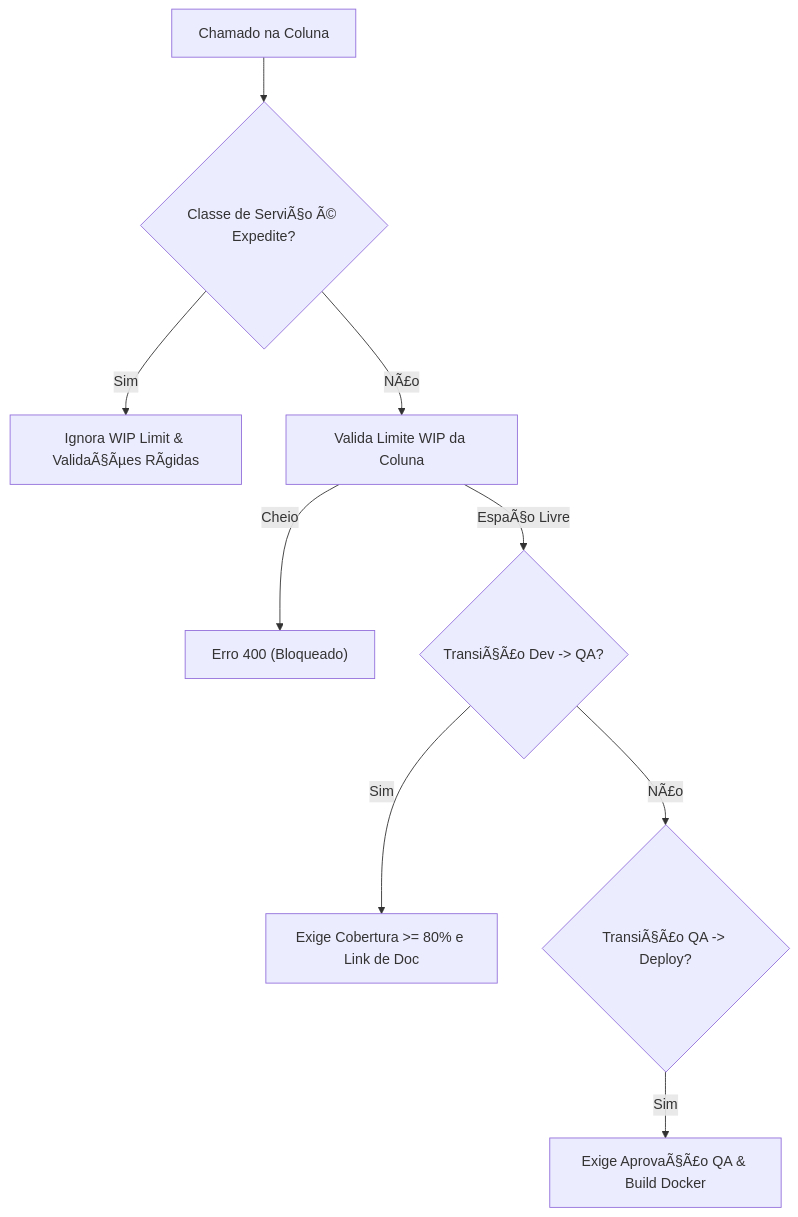
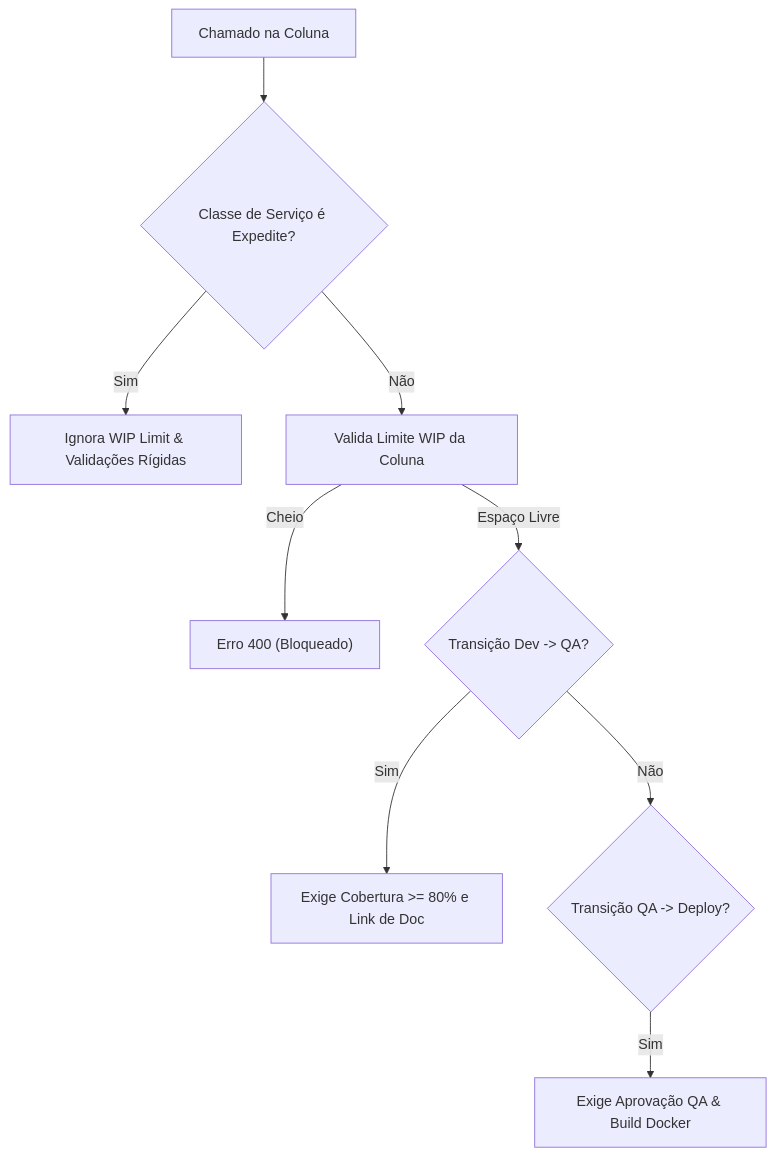
Before and after one commit to JEMAM/stone: the diagram in test_report.md, drawn with Mermaid. The commit also changed other lines of this file, not shown here.

````diff
--- a/test_report.md
+++ b/test_report.md
@@ -12,11 +12,11 @@
 ```mermaid
 graph TD
-    A["Chamado na Coluna"] --> B{"Classe de ServiÃ§o Ã© Expedite?"}
-    B -- Sim --> C["Ignora WIP Limit & ValidaÃ§Ãµes RÃ­gidas"]
-    B -- NÃ£o --> D["Valida Limite WIP da Coluna"]
+    A["Chamado na Coluna"] --> B{"Classe de Serviço é Expedite?"}
+    B -- Sim --> C["Ignora WIP Limit & Validações Rígidas"]
+    B -- Não --> D["Valida Limite WIP da Coluna"]
     D -- Cheio --> E["Erro 400 (Bloqueado)"]
-    D -- EspaÃ§o Livre --> F{"TransiÃ§Ã£o Dev -> QA?"}
+    D -- Espaço Livre --> F{"Transição Dev -> QA?"}
     F -- Sim --> G["Exige Cobertura >= 80% e Link de Doc"]
-    F -- NÃ£o --> H{"TransiÃ§Ã£o QA -> Deploy?"}
-    H -- Sim --> I["Exige AprovaÃ§Ã£o QA & Build Docker"]
+    F -- Não --> H{"Transição QA -> Deploy?"}
+    H -- Sim --> I["Exige Aprovação QA & Build Docker"]
 ```
````
